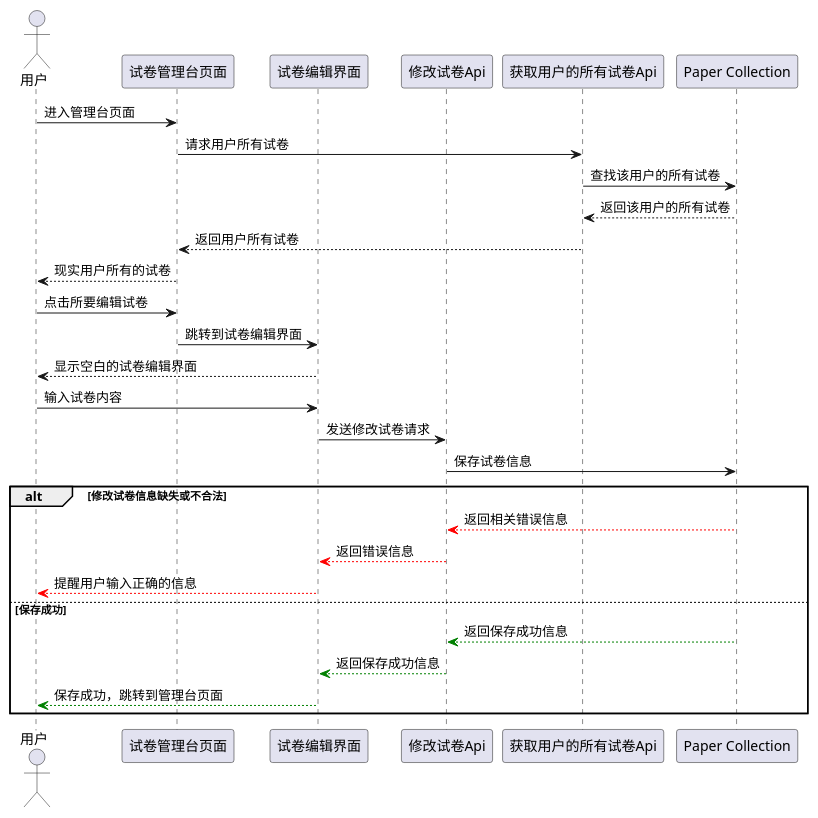
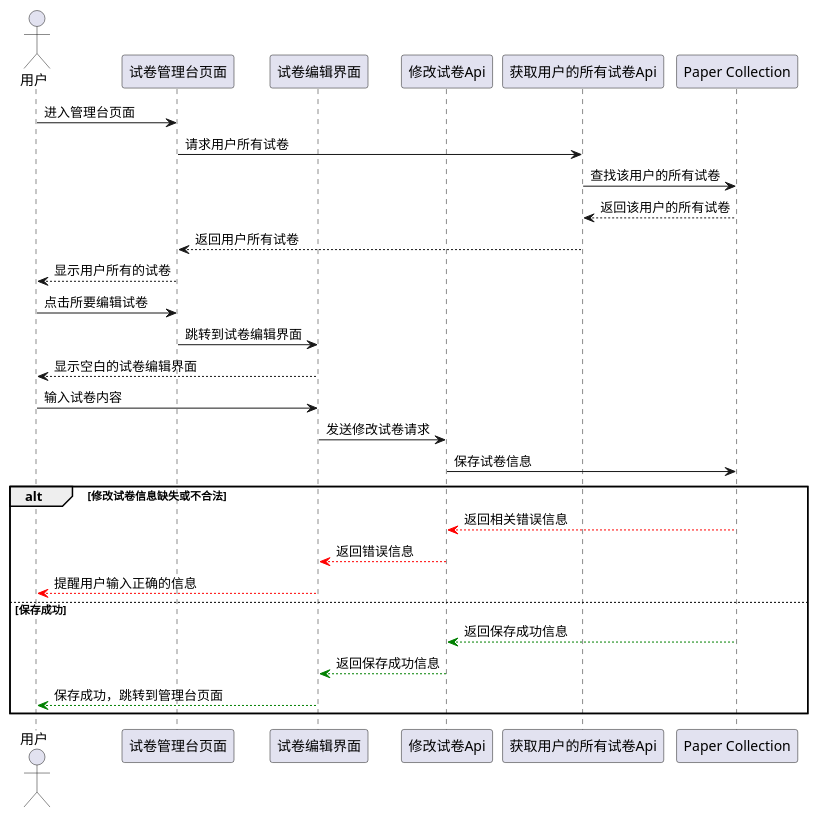
One commit to ringoyungpo/cetutor-doc changed the ninth of 13 diagrams in cetutor.md. Above: the diagram before and after it, drawn with PlantUML. The commit also changed other lines of this file, not shown here.

````diff
--- a/cetutor.md
+++ b/cetutor.md
@@ -616,33 +616,33 @@
 ```puml
 actor 用户 as A
 participant "试卷管理台页面" as B
 participant "试卷编辑界面" as C
 participant "修改试卷Api" as D
 participant "获取用户的所有试卷Api" as E
 participant "Paper Collection" as F
 
 
 A -> B: 进入管理台页面
 B -> E: 请求用户所有试卷
 E -> F: 查找该用户的所有试卷
 E <-- F: 返回该用户的所有试卷
 B <-- E: 返回用户所有试卷
-A <-- B: 现实用户所有的试卷
+A <-- B: 显示用户所有的试卷
 
 A -> B: 点击所要编辑试卷
 B -> C: 跳转到试卷编辑界面
 A <-- C: 显示空白的试卷编辑界面
 A -> C: 输入试卷内容
 C -> D: 发送修改试卷请求
 D -> F: 保存试卷信息
 
 alt 修改试卷信息缺失或不合法
 	D <[#red]-- F : 返回相关错误信息
 	C <[#red]-- D : 返回错误信息
 	A <[#red]-- C: 提醒用户输入正确的信息
 else 保存成功
 	D <[#green]-- F: 返回保存成功信息
 	C <[#green]-- D: 返回保存成功信息
 	A <[#green]-- C: 保存成功，跳转到管理台页面
 end
 ```
````
